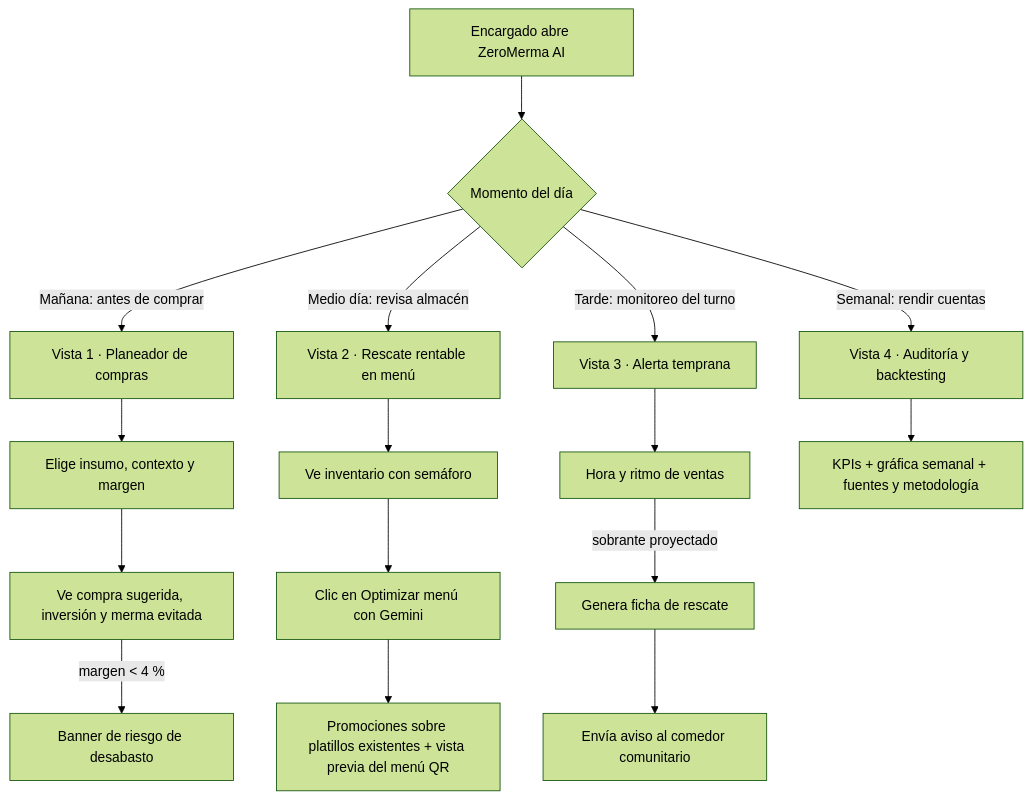
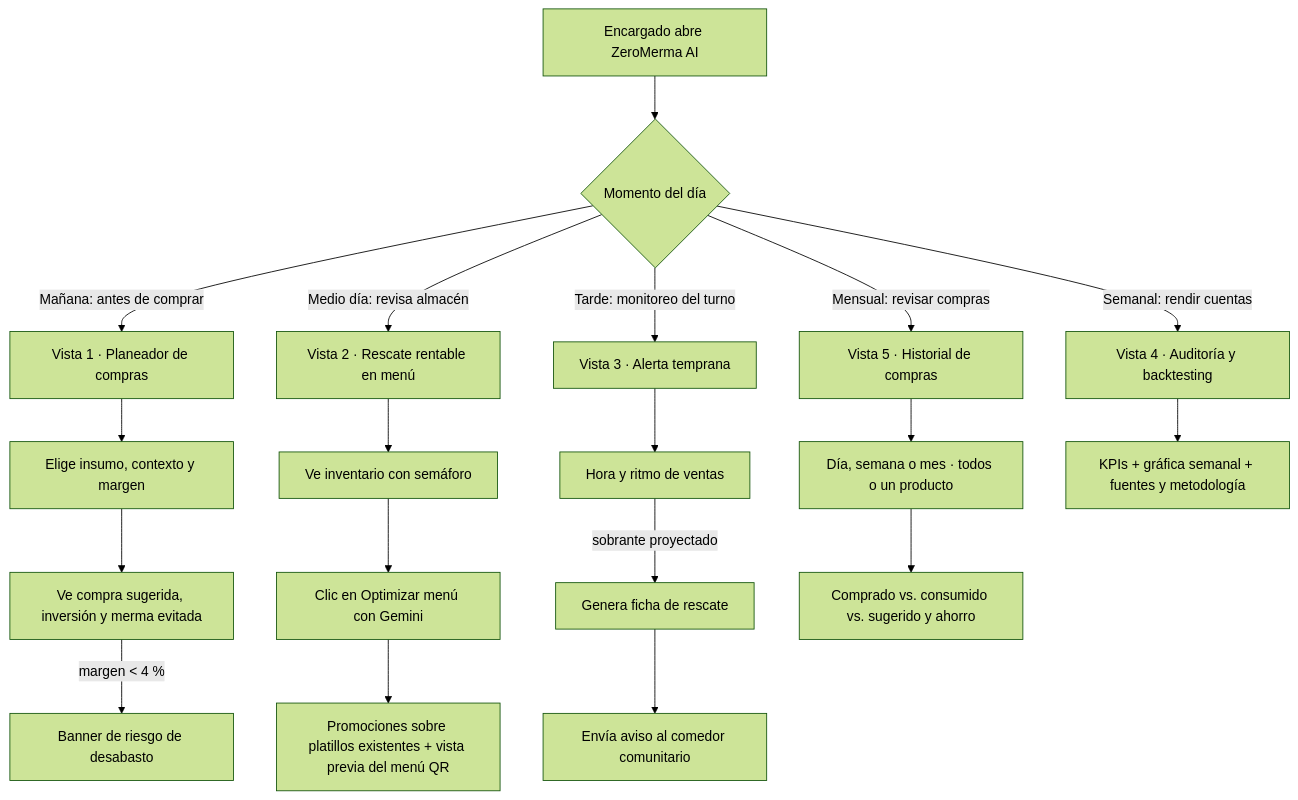
One commit to AndreRodriguez06/Hackateate_2026 changed the second of 3 diagrams in docs/01_arquitectura.md. Above: the diagram before and after it, drawn with Mermaid (forest theme). The commit also changed other lines of this file and 22 other files, not shown here.

First line of the commit message:
Días festivos, época del año y eventos en la plaza (sin vacaciones escolares); Vista 5 de historial de compras

````diff
--- a/docs/01_arquitectura.md
+++ b/docs/01_arquitectura.md
@@ -170,14 +174,16 @@
 ```mermaid
 flowchart TD
     A[Encargado abre ZeroMerma AI] --> B{Momento del día}
     B -- "Mañana: antes de comprar" --> V1[Vista 1 · Planeador de compras]
     V1 --> V1a[Elige insumo, contexto y margen] --> V1b[Ve compra sugerida, inversión y merma evitada]
     V1b -- "margen < 4 %" --> V1c[Banner de riesgo de desabasto]
     B -- "Medio día: revisa almacén" --> V2[Vista 2 · Rescate rentable en menú]
     V2 --> V2a[Ve inventario con semáforo] --> V2b[Clic en Optimizar menú con Gemini]
     V2b --> V2c[Promociones sobre platillos existentes + vista previa del menú QR]
     B -- "Tarde: monitoreo del turno" --> V3[Vista 3 · Alerta temprana]
     V3 --> V3a[Hora y ritmo de ventas] -- "sobrante proyectado" --> V3b[Genera ficha de rescate] --> V3c[Envía aviso al comedor comunitario]
     B -- "Semanal: rendir cuentas" --> V4[Vista 4 · Auditoría y backtesting]
+    B -- "Mensual: revisar compras" --> V5[Vista 5 · Historial de compras]
+    V5 --> V5a[Día, semana o mes · todos o un producto] --> V5b[Comprado vs. consumido vs. sugerido y ahorro]
     V4 --> V4a[KPIs + gráfica semanal + fuentes y metodología]
 ```
````
